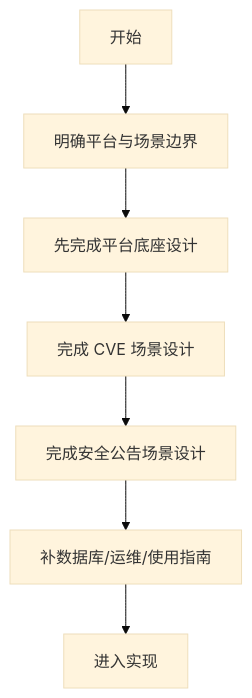
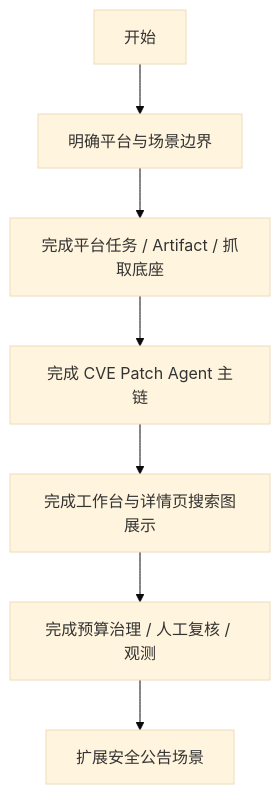
The diagram in docs/04-功能设计/M901-功能模块关系与开发顺序设计.md (coeoo/AetherFlow), drawn with Mermaid (base theme) before and after one commit. The commit also changed other lines of this file and 55 other files, not shown here.

````diff
--- a/docs/04-功能设计/M901-功能模块关系与开发顺序设计.md
+++ b/docs/04-功能设计/M901-功能模块关系与开发顺序设计.md
@@ -66,9 +79,9 @@
 ```mermaid
 graph TD
     A[开始] --> B[明确平台与场景边界]
-    B --> C[先完成平台底座设计]
-    C --> D[完成 CVE 场景设计]
-    D --> E[完成安全公告场景设计]
-    E --> F[补数据库/运维/使用指南]
-    F --> G[进入实现]
+    B --> C[完成平台任务 / Artifact / 抓取底座]
+    C --> D[完成 CVE Patch Agent 主链]
+    D --> E[完成工作台与详情页搜索图展示]
+    E --> F[完成预算治理 / 人工复核 / 观测]
+    F --> G[扩展安全公告场景]
 ```
````
